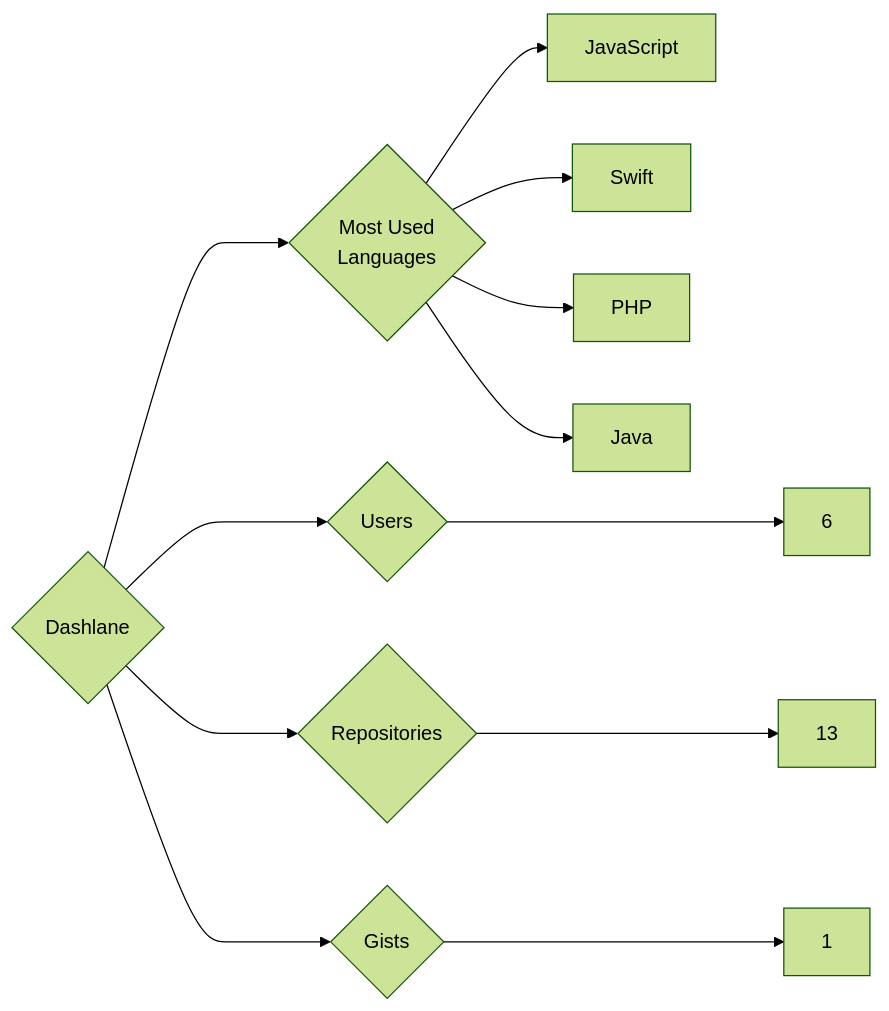
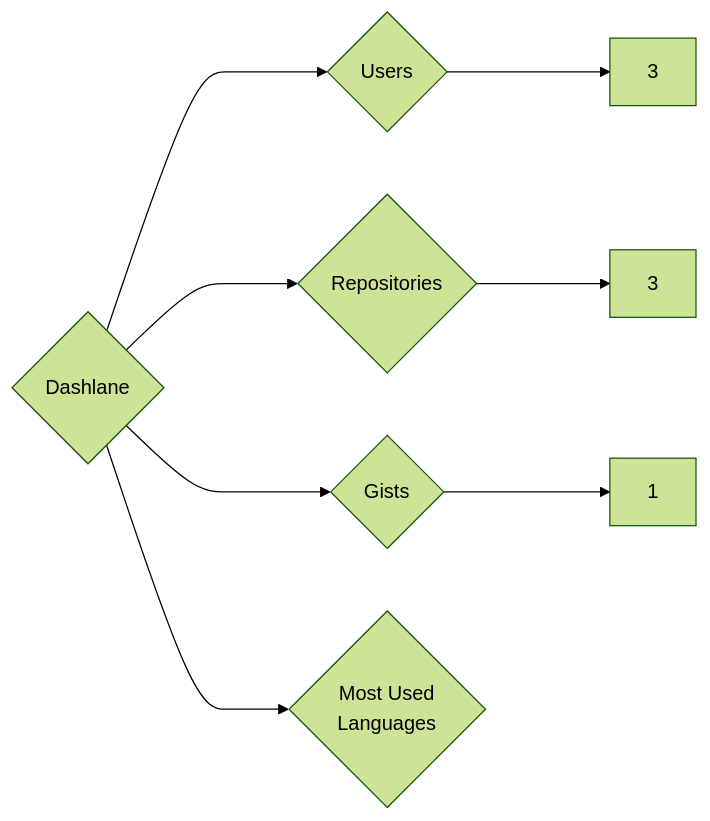
One commit to trickest/insiders changed the diagram in targets/Dashlane/README.md. Above: the diagram before and after it, drawn with Mermaid (forest theme). The commit also changed 724 other files, not shown here.

````diff
--- a/targets/Dashlane/README.md
+++ b/targets/Dashlane/README.md
@@ -3,12 +3,8 @@
 ```mermaid
 graph LR
 COMPANY_NAME{Dashlane}
-COMPANY_NAME ---> U{Users} ---> UN[6]
-COMPANY_NAME ---> R{Repositories} ---> RN[13]
+COMPANY_NAME ---> U{Users} ---> UN[3]
+COMPANY_NAME ---> R{Repositories} ---> RN[3]
 COMPANY_NAME ---> G{Gists} ---> GN[1]
 COMPANY_NAME ---> ML{Most Used<br>Languages}
-ML --> JavaScript[JavaScript]
-ML --> Swift[Swift]
-ML --> PHP[PHP]
-ML --> Java[Java]
 ```
````
